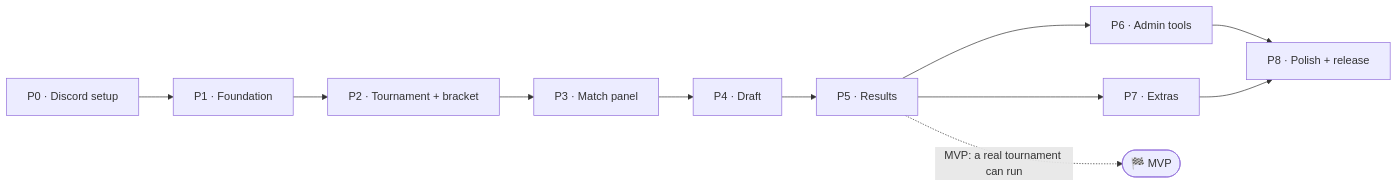
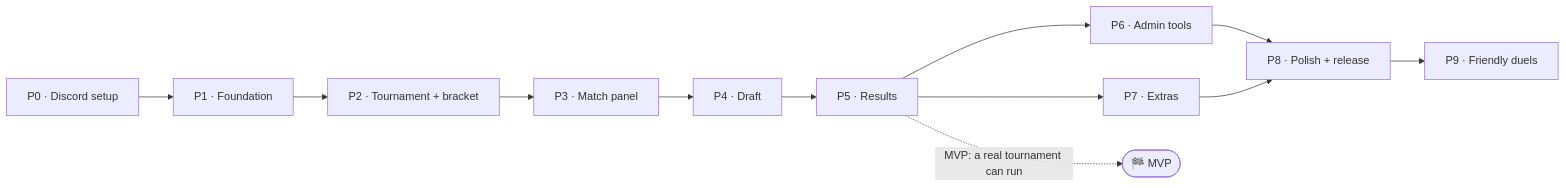
One commit to lunaxoniichan/aniimo-pvp changed the diagram in docs/IMPLEMENTATION.md. Above: the diagram before and after it, drawn with Mermaid. The commit also changed other lines of this file and 7 other files, not shown here.

First line of the commit message:
Friendly duels: docs, config template and check output

````diff
--- a/docs/IMPLEMENTATION.md
+++ b/docs/IMPLEMENTATION.md
@@ -6,8 +6,9 @@
 ```mermaid
 flowchart LR
   P0["P0 · Discord setup"] --> P1["P1 · Foundation"] --> P2["P2 · Tournament + bracket"]
   P2 --> P3["P3 · Match panel"] --> P4["P4 · Draft"] --> P5["P5 · Results"]
   P5 --> P6["P6 · Admin tools"] --> P8["P8 · Polish + release"]
   P5 --> P7["P7 · Extras"] --> P8
+  P8 --> P9["P9 · Friendly duels"]
   P5 -. "MVP: a real tournament can run" .-> MVP(["🏁 MVP"])
 ```
````
